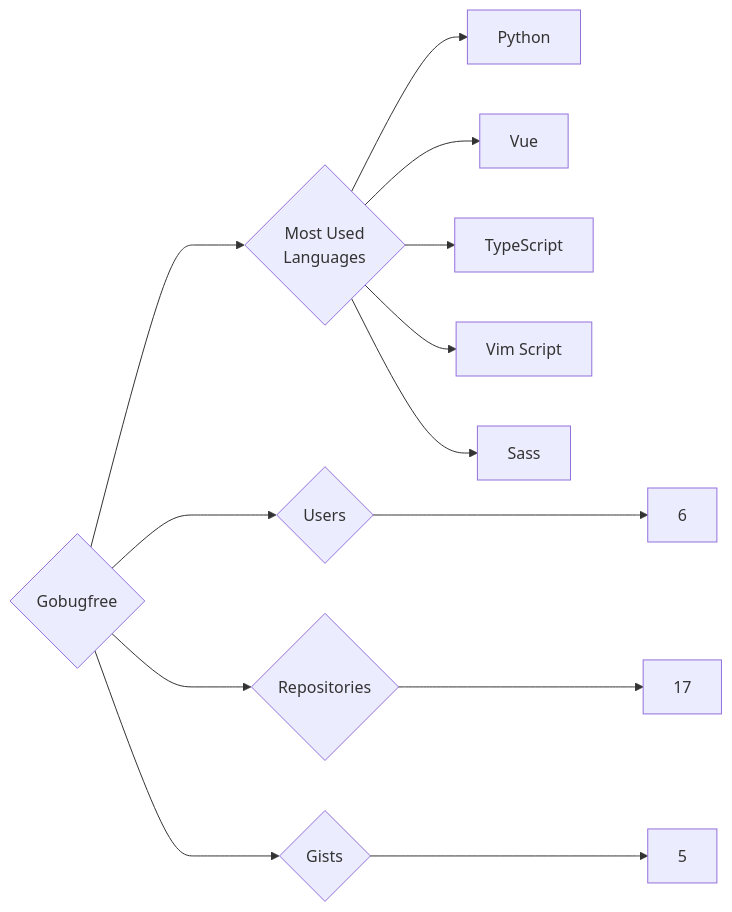
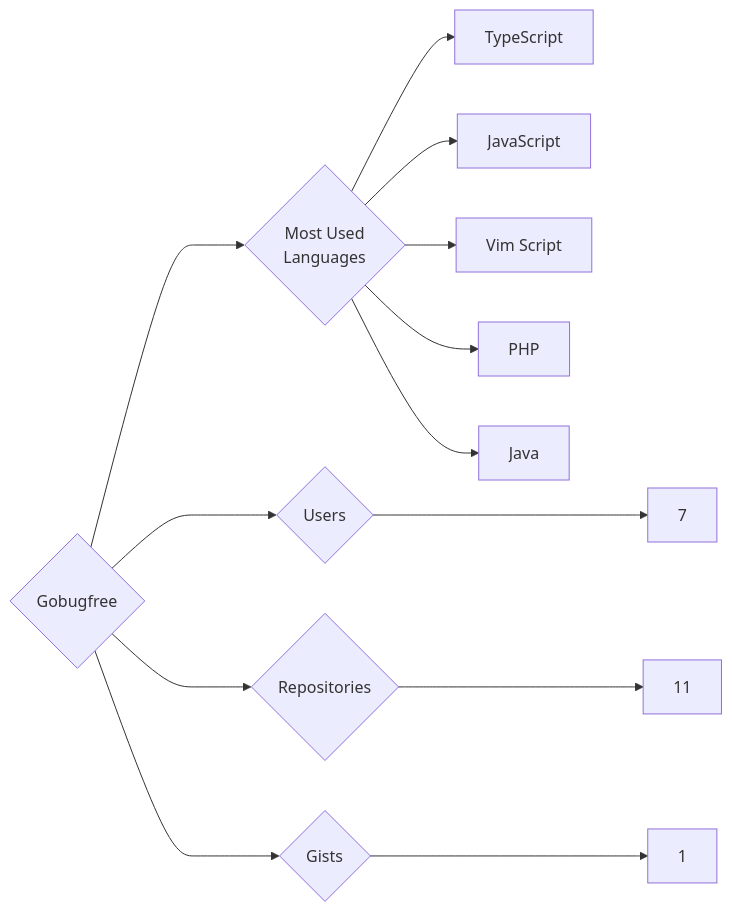
The diagram in targets/Gobugfree/README.md (trickest/insiders), drawn with Mermaid before and after one commit. The commit also changed 1167 other files, not shown here.

````diff
--- a/targets/Gobugfree/README.md
+++ b/targets/Gobugfree/README.md
@@ -3,13 +3,13 @@
 ```mermaid
 graph LR
 COMPANY_NAME{Gobugfree}
-COMPANY_NAME ---> U{Users} ---> UN[6]
-COMPANY_NAME ---> R{Repositories} ---> RN[17]
-COMPANY_NAME ---> G{Gists} ---> GN[5]
+COMPANY_NAME ---> U{Users} ---> UN[7]
+COMPANY_NAME ---> R{Repositories} ---> RN[11]
+COMPANY_NAME ---> G{Gists} ---> GN[1]
 COMPANY_NAME ---> ML{Most Used<br>Languages}
-ML --> Python[Python]
-ML --> Vue[Vue]
 ML --> TypeScript[TypeScript]
+ML --> JavaScript[JavaScript]
 ML --> Vim_Script[Vim Script]
-ML --> Sass[Sass]
+ML --> PHP[PHP]
+ML --> Java[Java]
 ```
````
